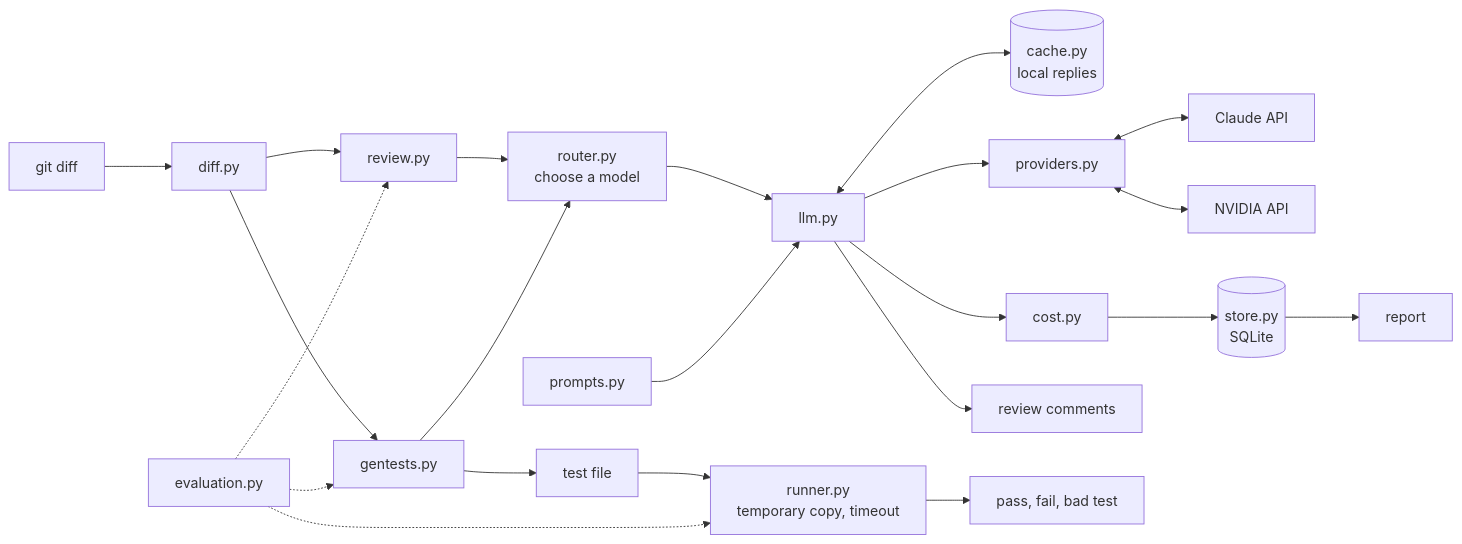
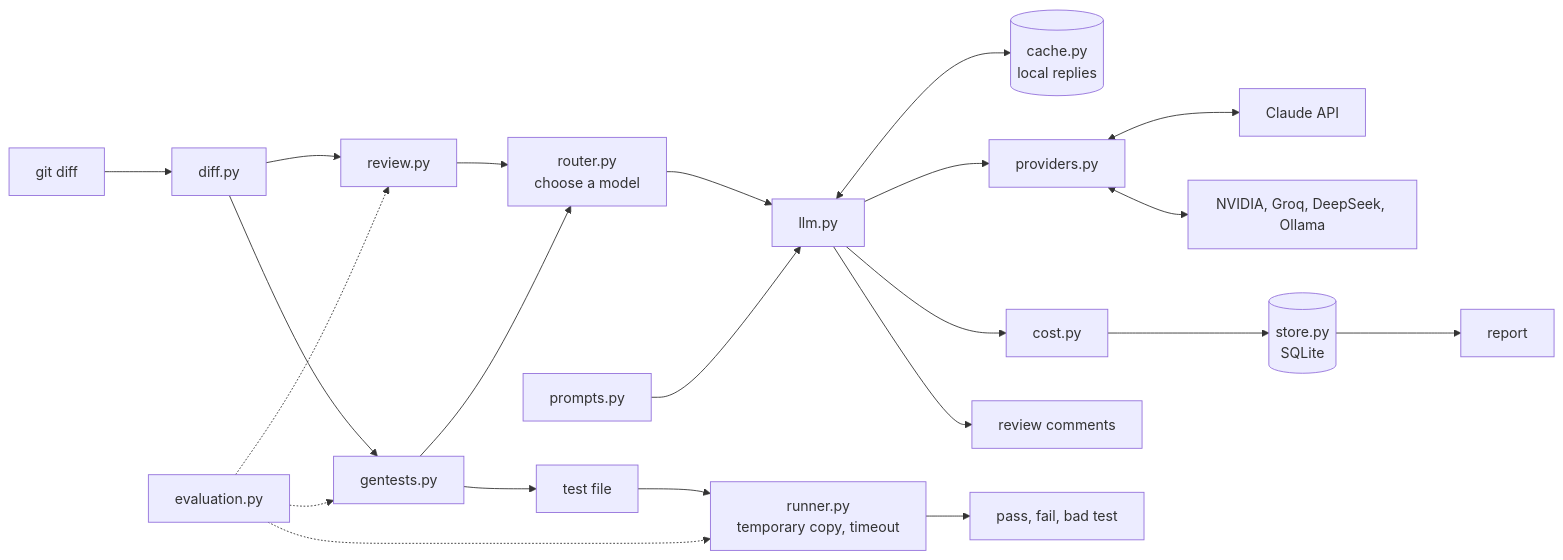
One commit to Vanshaj200/patchpilot changed the diagram in README.md. Above: the diagram before and after it, drawn with Mermaid. The commit also changed other lines of this file and 1 other file, not shown here.

Commit message:
docs: describe all model providers

````diff
--- a/README.md
+++ b/README.md
@@ -12,21 +12,21 @@
 ```mermaid
 flowchart LR
     diff[git diff] --> parse[diff.py]
     parse --> review[review.py]
     parse --> gentests[gentests.py]
     review --> router[router.py<br/>choose a model]
     gentests --> router
     router --> llm[llm.py]
     prompts[prompts.py] --> llm
     llm <--> cache[(cache.py<br/>local replies)]
     llm --> providers[providers.py]
     providers <--> claude[Claude API]
-    providers <--> nvidia[NVIDIA API]
+    providers <--> other[NVIDIA, Groq, DeepSeek, Ollama]
     llm --> cost[cost.py] --> store[(store.py<br/>SQLite)] --> report[report]
     llm --> comments[review comments]
     gentests --> file[test file] --> runner[runner.py<br/>temporary copy, timeout]
     runner --> verdicts[pass, fail, bad test]
     evaluation[evaluation.py] -.-> review
     evaluation -.-> gentests
     evaluation -.-> runner
 ```
````
